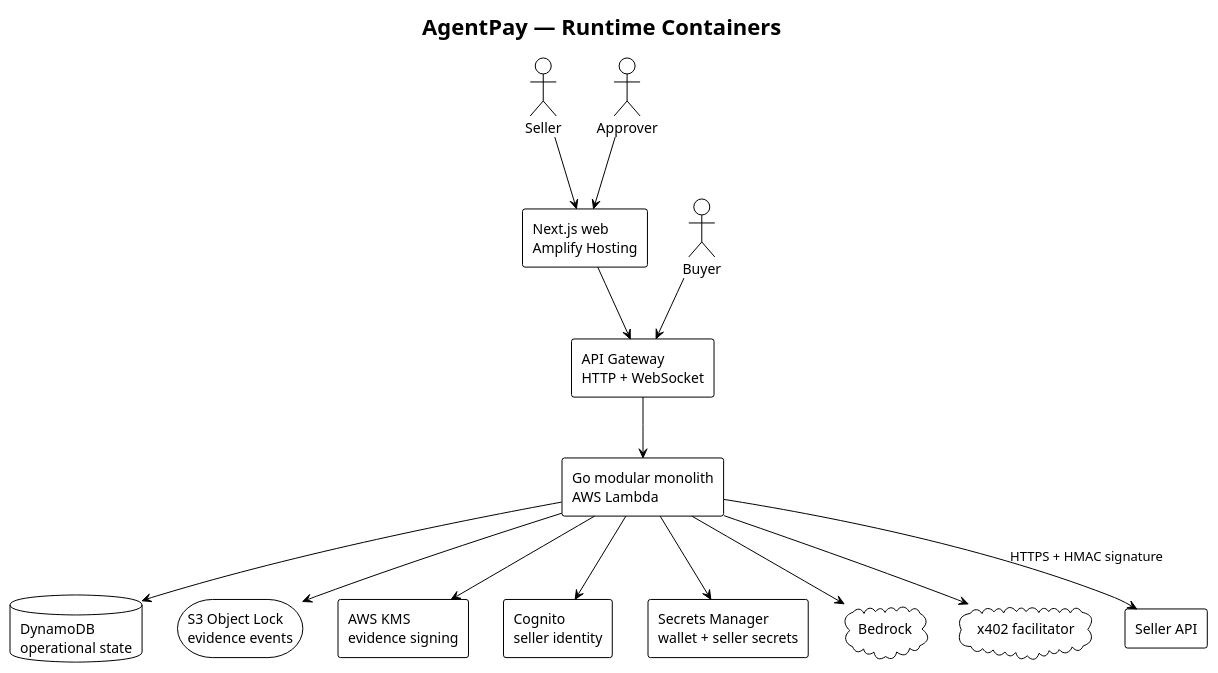
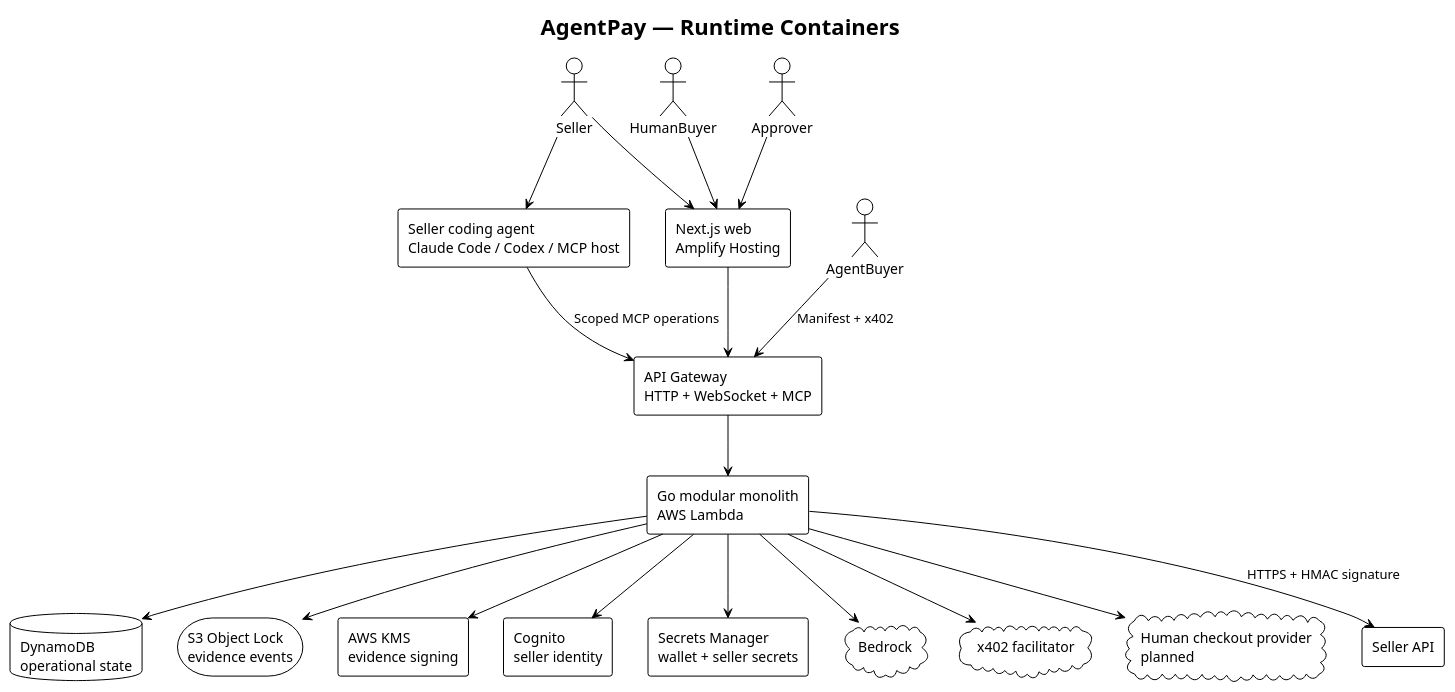
Before and after one commit to PrathamRanka/fourGeez: the diagram in docs/uml/containers.puml, drawn with PlantUML. The commit also changed other lines of this file and 16 other files, not shown here.

Commit message:
docs: define automated seller commerce roadmap

```diff
--- a/docs/uml/containers.puml
+++ b/docs/uml/containers.puml
@@ -1,34 +1,41 @@
 @startuml AgentPay Containers
 !theme plain
 title AgentPay — Runtime Containers
 
 actor Seller
-actor Buyer
+actor HumanBuyer
+actor AgentBuyer
 actor Approver
+rectangle "Seller coding agent\nClaude Code / Codex / MCP host" as CodingAgent
 
 rectangle "Next.js web\nAmplify Hosting" as Web
-rectangle "API Gateway\nHTTP + WebSocket" as Gateway
+rectangle "API Gateway\nHTTP + WebSocket + MCP" as Gateway
 rectangle "Go modular monolith\nAWS Lambda" as API
 database "DynamoDB\noperational state" as DDB
 storage "S3 Object Lock\nevidence events" as S3
 rectangle "AWS KMS\nevidence signing" as KMS
 rectangle "Cognito\nseller identity" as Cognito
 rectangle "Secrets Manager\nwallet + seller secrets" as Secrets
 cloud "Bedrock" as Bedrock
 cloud "x402 facilitator" as Facilitator
+cloud "Human checkout provider\nplanned" as HumanCheckout
 rectangle "Seller API" as SellerAPI
 
 Seller --> Web
+Seller --> CodingAgent
+CodingAgent --> Gateway : Scoped MCP operations
 Approver --> Web
-Buyer --> Gateway
+HumanBuyer --> Web
+AgentBuyer --> Gateway : Manifest + x402
 Web --> Gateway
 Gateway --> API
 API --> DDB
 API --> S3
 API --> KMS
 API --> Cognito
 API --> Secrets
 API --> Bedrock
 API --> Facilitator
+API --> HumanCheckout
 API --> SellerAPI : HTTPS + HMAC signature
 @enduml
```
